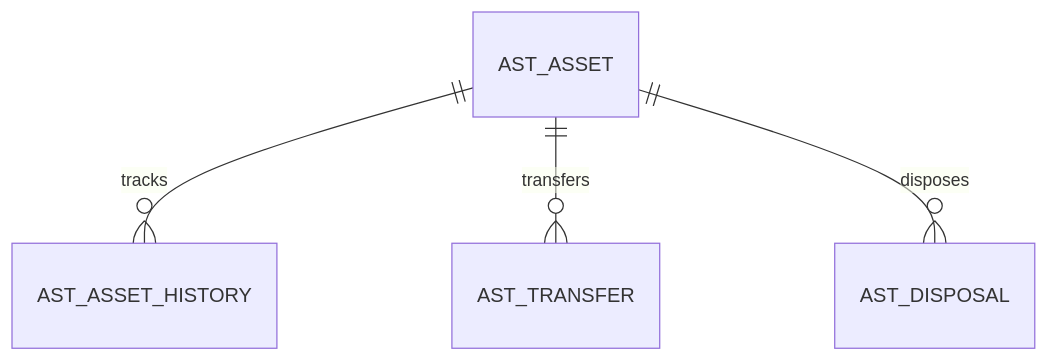
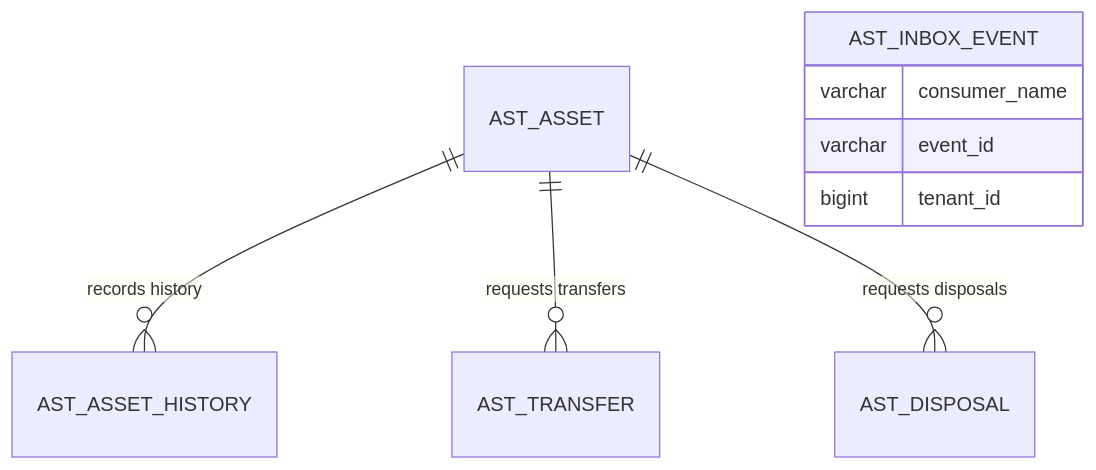
One commit to wang-baohai/Omni-Stack changed the second of 6 diagrams in docs/design/asset-design.en.md. Above: the diagram before and after it, drawn with Mermaid. The commit also changed other lines of this file and 1095 other files, not shown here.

````diff
--- a/docs/design/asset-design.en.md
+++ b/docs/design/asset-design.en.md
@@ -93,6 +97,11 @@
 ```mermaid
 erDiagram
-    AST_ASSET ||--o{ AST_ASSET_HISTORY : tracks
-    AST_ASSET ||--o{ AST_TRANSFER : transfers
-    AST_ASSET ||--o{ AST_DISPOSAL : disposes
+    AST_ASSET ||--o{ AST_ASSET_HISTORY : "records history"
+    AST_ASSET ||--o{ AST_TRANSFER : "requests transfers"
+    AST_ASSET ||--o{ AST_DISPOSAL : "requests disposals"
+    AST_INBOX_EVENT {
+        varchar consumer_name
+        varchar event_id
+        bigint tenant_id
+    }
 ```
````
